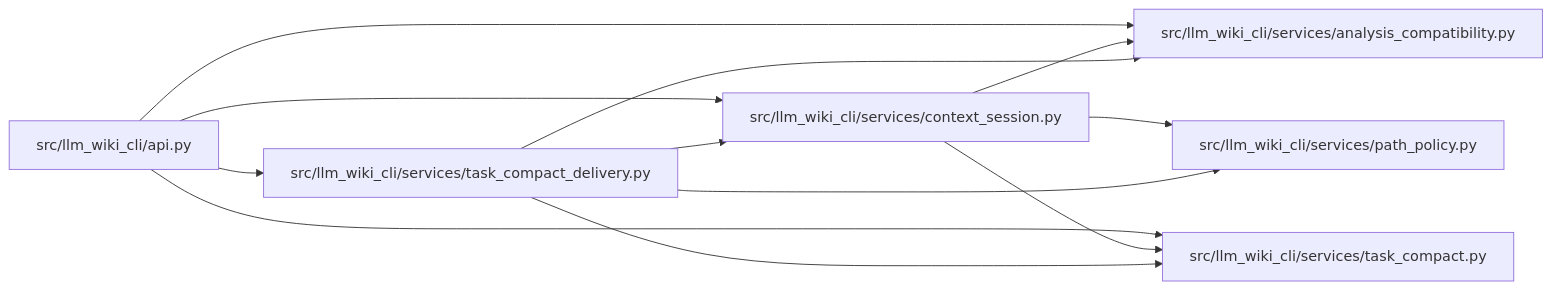
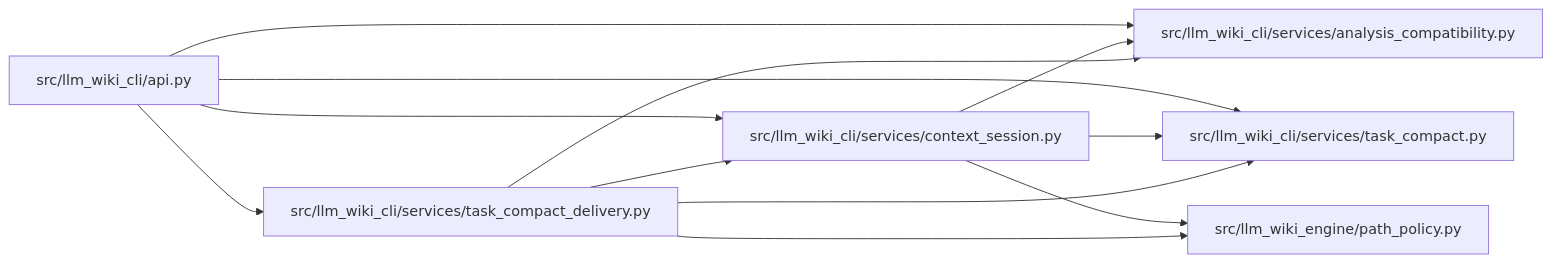
Before and after one commit to Denissvgn/python-wiki-llm: the diagram in docs/llm_wiki/modules/task_compact_delivery.md, drawn with Mermaid. The commit also changed other lines of this file and 739 other files, not shown here.

First line of the commit message:
docs: refresh the wiki for the second engine batch

````diff
--- a/docs/llm_wiki/modules/task_compact_delivery.md
+++ b/docs/llm_wiki/modules/task_compact_delivery.md
@@ -22,26 +22,26 @@
 ```mermaid
 flowchart LR
     n0["src/llm_wiki_cli/api.py"]
     n1["src/llm_wiki_cli/services/analysis_compatibility.py"]
     n2["src/llm_wiki_cli/services/context_session.py"]
-    n3["src/llm_wiki_cli/services/path_policy.py"]
-    n4["src/llm_wiki_cli/services/task_compact.py"]
-    n5["src/llm_wiki_cli/services/task_compact_delivery.py"]
+    n3["src/llm_wiki_cli/services/task_compact.py"]
+    n4["src/llm_wiki_cli/services/task_compact_delivery.py"]
+    n5["src/llm_wiki_engine/path_policy.py"]
     n0 --> n1
     n0 --> n2
+    n0 --> n3
     n0 --> n4
-    n0 --> n5
     n2 --> n1
     n2 --> n3
-    n2 --> n4
-    n5 --> n1
-    n5 --> n2
-    n5 --> n3
-    n5 --> n4
+    n2 --> n5
+    n4 --> n1
+    n4 --> n2
+    n4 --> n3
+    n4 --> n5
     click n0 "../modules/api.md"
     click n1 "../modules/analysis_compatibility.md"
     click n2 "../modules/context_session.md"
-    click n3 "../modules/path_policy.md"
-    click n4 "../modules/task_compact.md"
-    click n5 "../modules/task_compact_delivery.md"
+    click n3 "../modules/task_compact.md"
+    click n4 "../modules/task_compact_delivery.md"
+    click n5 "../modules/path_policy.md"
 ```
````
